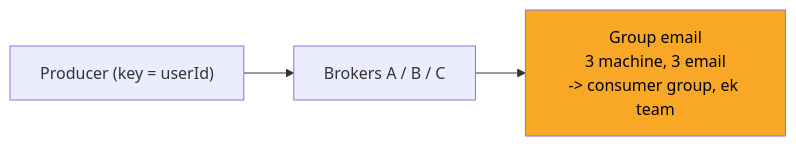
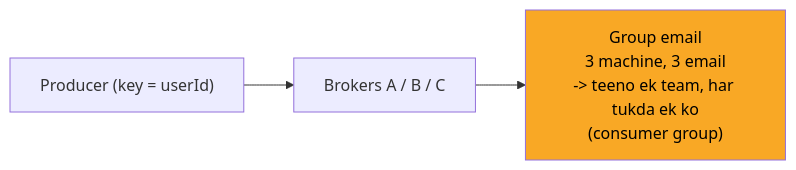
Before and after one commit to ArpanMaheshwari144/Prep: the fifth of 12 diagrams in 04_HLD/SYSTEM_DESIGNS/12_message_queue_kafka/12_message_queue_kafka.md, drawn with Mermaid. The commit also changed other lines of this file and 13 other files, not shown here.

````diff
--- a/04_HLD/SYSTEM_DESIGNS/12_message_queue_kafka/12_message_queue_kafka.md
+++ b/04_HLD/SYSTEM_DESIGNS/12_message_queue_kafka/12_message_queue_kafka.md
@@ -169,9 +169,9 @@
 ```mermaid
 flowchart LR
     n_P["Producer (key = userId)"]
     n_B["Brokers A / B / C"]
-    n_GE["Group email<br/>3 machine, 3 email<br/>-> consumer group, ek team"]
+    n_GE["Group email<br/>3 machine, 3 email<br/>-> teeno ek team, har tukda ek ko<br/>(consumer group)"]
     n_P --> n_B
     n_B --> n_GE
     style n_GE fill:#f9a825,color:#000
 ```
````
